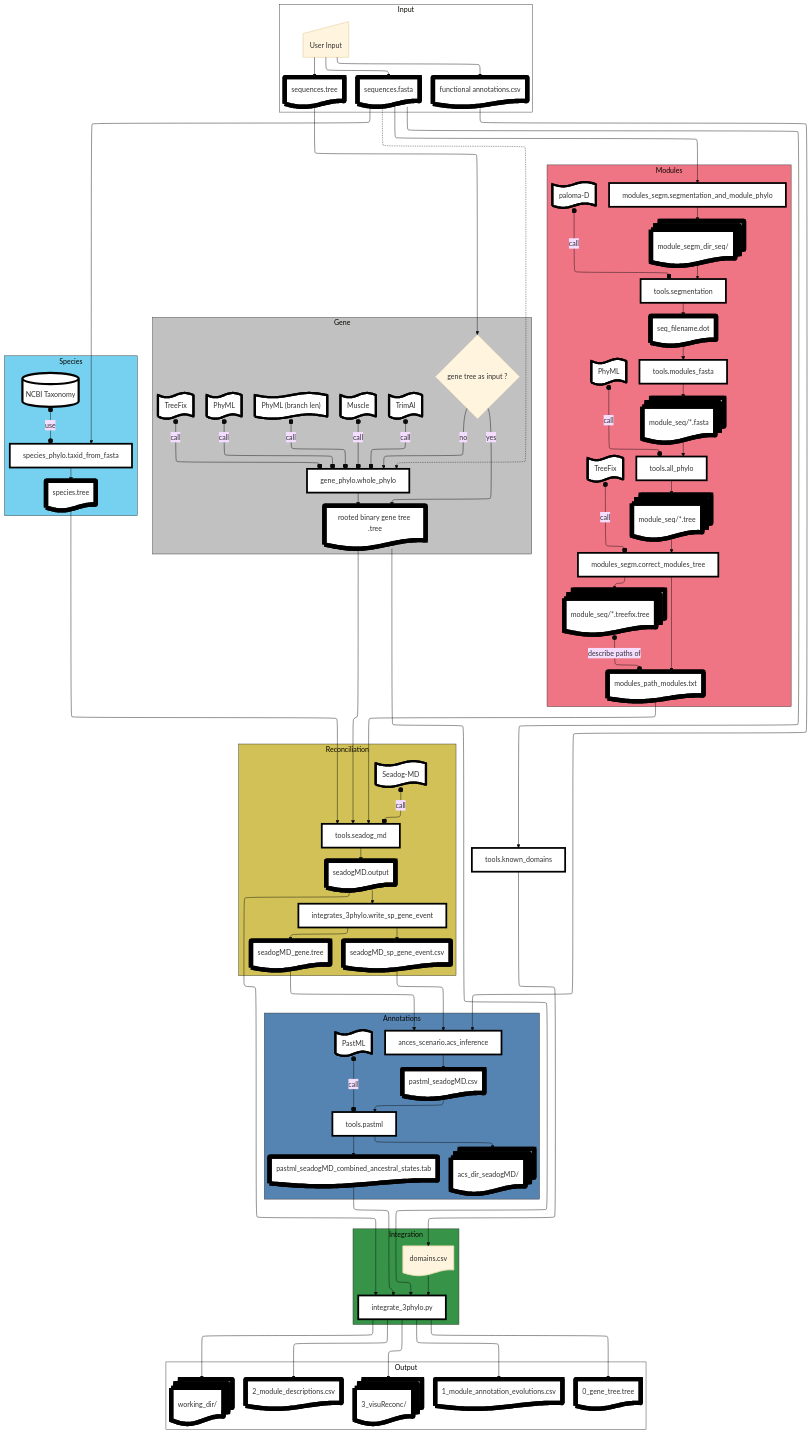
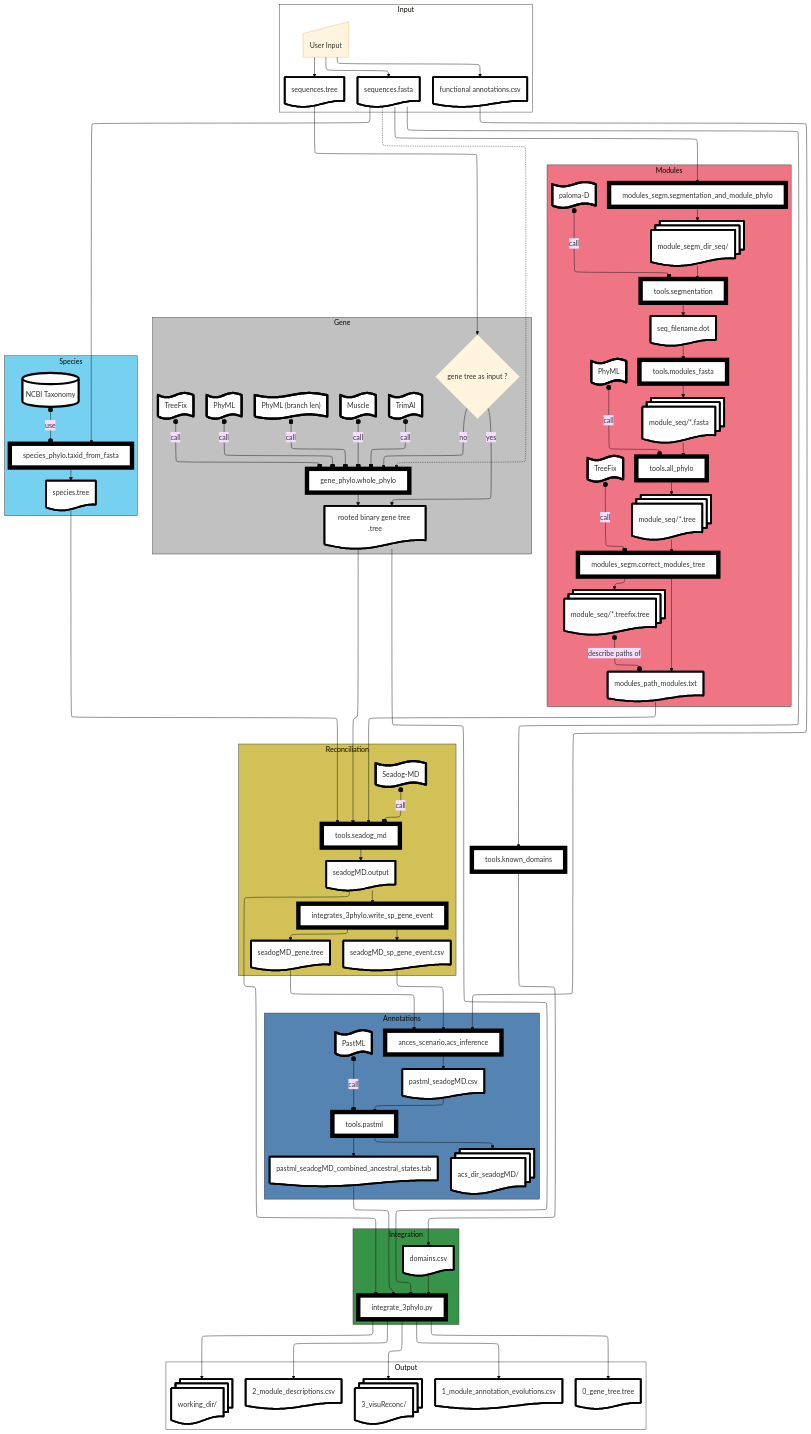
Before and after one commit to OcMalde/fuse-phylotree: the diagram in README.md, drawn with Mermaid.

Commit message:
readme mermaid test

````diff
--- a/README.md
+++ b/README.md
@@ -123,10 +123,10 @@
 classDef tools fill:#fff,stroke:#000,stroke-width:5px;
 class m5,m9,m11,g4,g5,g6,g7,g8,s2,r2,a4 tools
 
-classDef files fill:#fff,stroke:#000,stroke-width:10px;
-class A,B,C,m2,m4,m7,m12,m13,m14,g2,s3,r3,r5,r6,a2,a5,a6,i2,i3,i4,i5,i6 files
+classDef files fill:#fff,stroke:#000,stroke-width:4px;
+class A,B,C,m2,m4,m7,m12,m13,m14,g2,s3,r3,r5,r6,a2,a5,a6,i2,i3,i4,i5,i6,d2 files
 
-classDef scripts fill:#fff,stroke:#000,stroke-width:4px;
+classDef scripts fill:#fff,stroke:#000,stroke-width:10px;
 class m1,m3,m6,m8,m10,g3,s1,d1,r1,r4,a1,a3,i1 scripts
 
 ```
````
